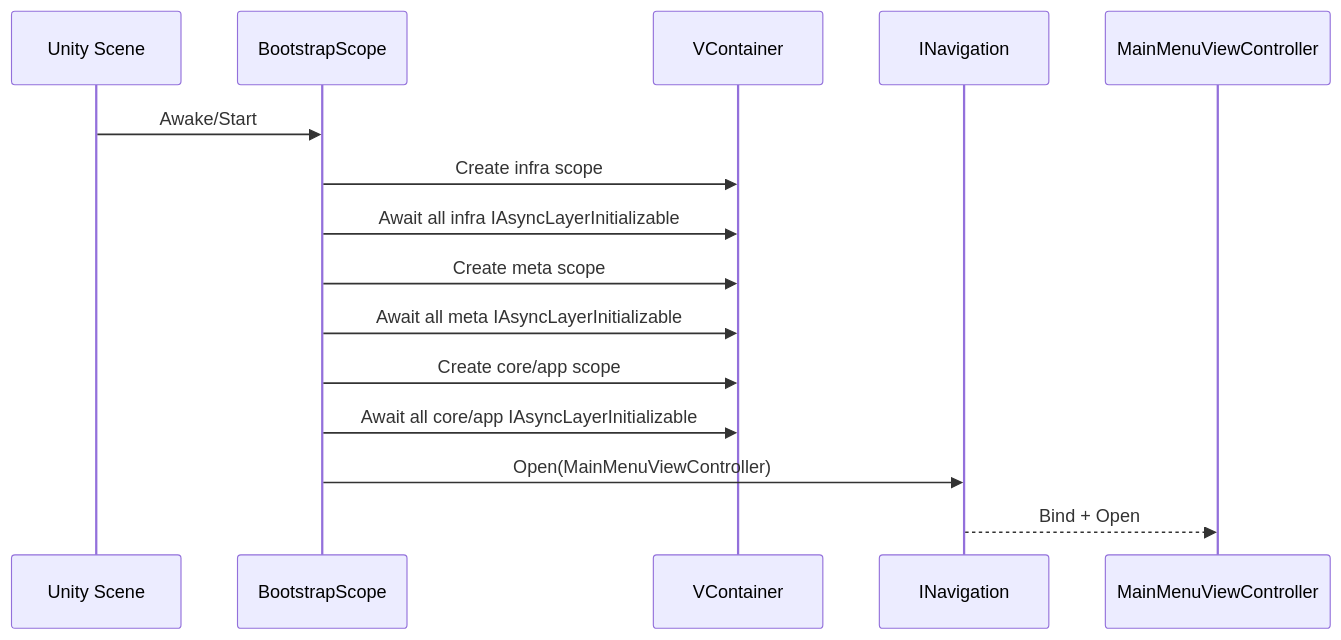
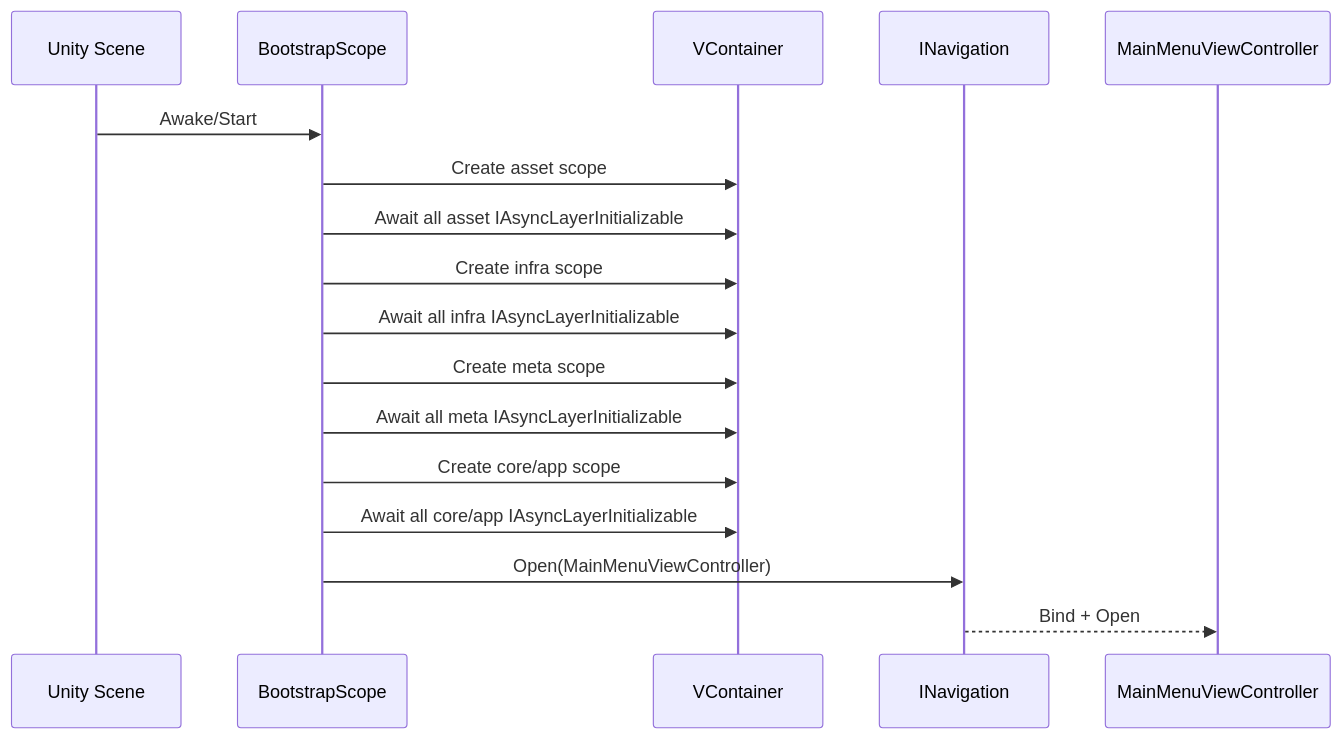
The diagram in Docs/App/Bootstrap.md (MgCohen/Madbox), drawn with Mermaid before and after one commit. The commit also changed other lines of this file and 24 other files, not shown here.

Commit message:
Revamp asset-layer preload init and unify synchronous handle loading

````diff
--- a/Docs/App/Bootstrap.md
+++ b/Docs/App/Bootstrap.md
@@ -42,18 +42,20 @@
 ```mermaid
 sequenceDiagram
   participant Scene as Unity Scene
   participant Boot as BootstrapScope
   participant DI as VContainer
   participant Nav as INavigation
   participant Menu as MainMenuViewController
 
   Scene->>Boot: Awake/Start
+  Boot->>DI: Create asset scope
+  Boot->>DI: Await all asset IAsyncLayerInitializable
   Boot->>DI: Create infra scope
   Boot->>DI: Await all infra IAsyncLayerInitializable
   Boot->>DI: Create meta scope
   Boot->>DI: Await all meta IAsyncLayerInitializable
   Boot->>DI: Create core/app scope
   Boot->>DI: Await all core/app IAsyncLayerInitializable
   Boot->>Nav: Open(MainMenuViewController)
   Nav-->>Menu: Bind + Open
 ```
````
